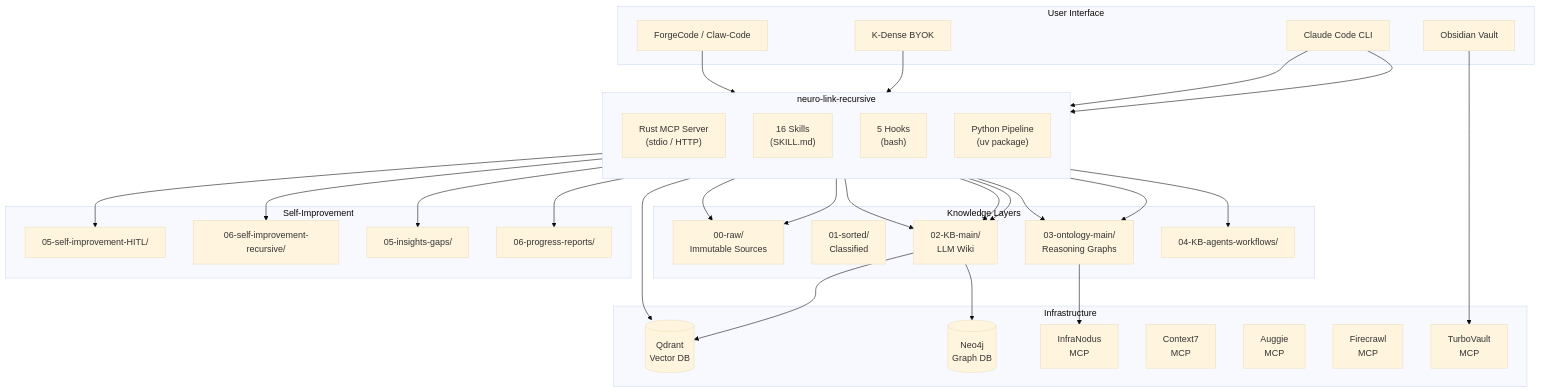
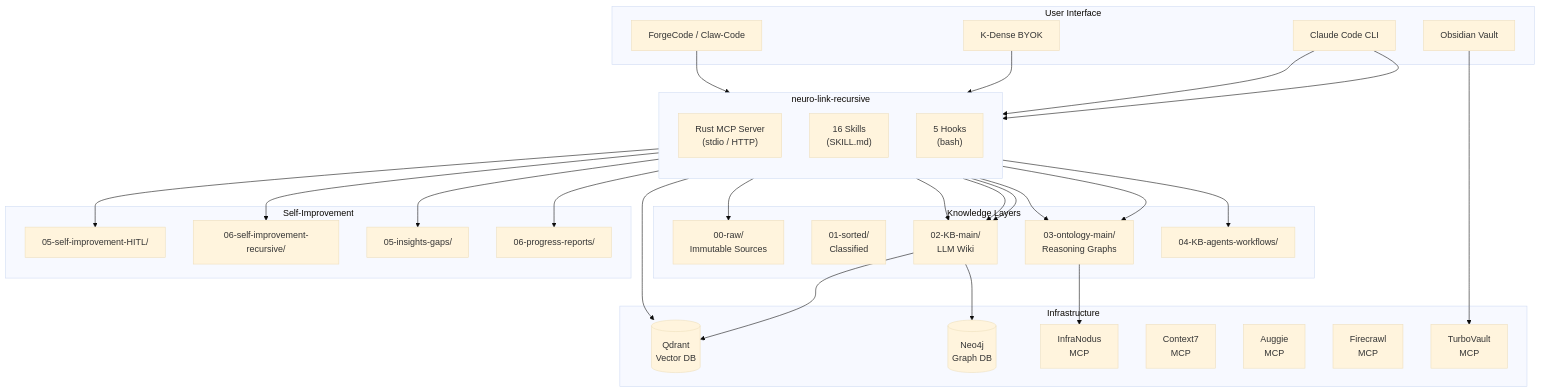
Before and after one commit to HyperFrequency/neuro-link-recursive: the first of 4 diagrams in README.md, drawn with Mermaid (base theme). The commit also changed other lines of this file and 26 other files, not shown here.

First line of the commit message:
refactor: remove Python package, rewrite to pure Rust

````diff
--- a/README.md
+++ b/README.md
@@ -18,68 +18,66 @@
 ```mermaid
 graph TB
     subgraph "User Interface"
         CLI[Claude Code CLI]
         OBS[Obsidian Vault]
         KDENSE[K-Dense BYOK]
         FORGE[ForgeCode / Claw-Code]
     end
 
     subgraph "neuro-link-recursive"
         direction TB
         MCP["Rust MCP Server<br/>(stdio / HTTP)"]
         SKILLS["16 Skills<br/>(SKILL.md)"]
         HOOKS["5 Hooks<br/>(bash)"]
-        PY["Python Pipeline<br/>(uv package)"]
     end
 
     subgraph "Knowledge Layers"
         RAW["00-raw/<br/>Immutable Sources"]
         SORT["01-sorted/<br/>Classified"]
         WIKI["02-KB-main/<br/>LLM Wiki"]
         ONT["03-ontology-main/<br/>Reasoning Graphs"]
         AGENTS["04-KB-agents-workflows/"]
     end
 
     subgraph "Self-Improvement"
         HITL["05-self-improvement-HITL/"]
         RECUR["06-self-improvement-recursive/"]
         GAPS["05-insights-gaps/"]
         REPORTS["06-progress-reports/"]
     end
 
     subgraph "Infrastructure"
         QDRANT[("Qdrant<br/>Vector DB")]
         NEO4J[("Neo4j<br/>Graph DB")]
         INFRA["InfraNodus<br/>MCP"]
         C7["Context7<br/>MCP"]
         AUGGIE["Auggie<br/>MCP"]
         FIRE["Firecrawl<br/>MCP"]
         TURBO["TurboVault<br/>MCP"]
     end
 
     CLI --> SKILLS
     CLI --> HOOKS
     OBS --> TURBO
     KDENSE --> MCP
     FORGE --> MCP
 
     SKILLS --> WIKI
     SKILLS --> ONT
     SKILLS --> RAW
     HOOKS --> WIKI
-    PY --> QDRANT
-    PY --> RAW
 
     MCP --> WIKI
     MCP --> ONT
     MCP --> AGENTS
+    MCP --> QDRANT
 
     WIKI --> QDRANT
     ONT --> INFRA
     WIKI --> NEO4J
 
     SKILLS --> HITL
     SKILLS --> RECUR
     SKILLS --> GAPS
     SKILLS --> REPORTS
 ```
````
